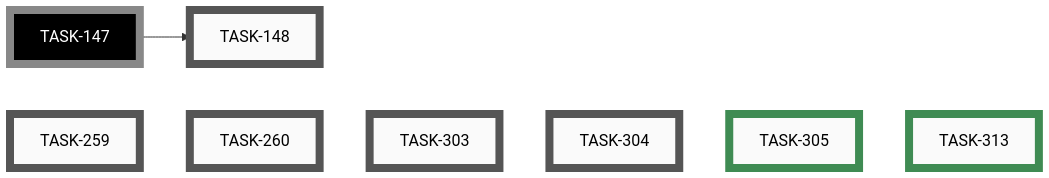
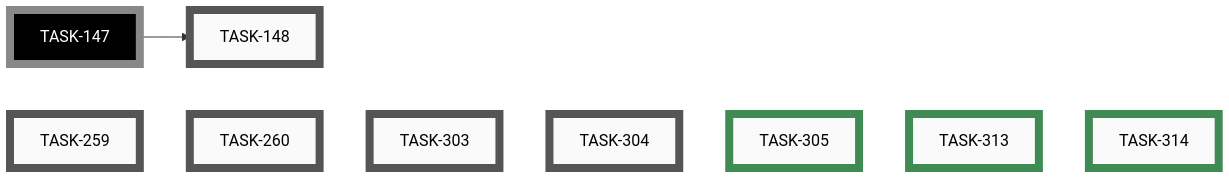
One commit to tgd1975/AwesomeStudioPedal changed the sixth of 6 diagrams in docs/developers/tasks/EPICS.md. Above: the diagram before and after it, drawn with Mermaid. The commit also changed other lines of this file and 8 other files, not shown here.

Commit message:
close TASK-314: Use non-breaking space between category icon and name

````diff
--- a/docs/developers/tasks/EPICS.md
+++ b/docs/developers/tasks/EPICS.md
@@ -209,28 +209,30 @@
 ```mermaid
 graph LR
     TASK_148["TASK-148"]:::open
     TASK_259["TASK-259"]:::open
     TASK_260["TASK-260"]:::open
     TASK_303["TASK-303"]:::open
     TASK_304["TASK-304"]:::open
     TASK_305["TASK-305"]:::closed
     TASK_313["TASK-313"]:::closed
+    TASK_314["TASK-314"]:::closed
     TASK_147["TASK-147"]:::openExt
     TASK_147 --> TASK_148
-    TASK_259 ~~~ TASK_260 ~~~ TASK_303 ~~~ TASK_304 ~~~ TASK_305 ~~~ TASK_313
+    TASK_259 ~~~ TASK_260 ~~~ TASK_303 ~~~ TASK_304 ~~~ TASK_305 ~~~ TASK_313 ~~~ TASK_314
     click TASK_148 "open/task-148-reorganise-developer-documentation.md"
     click TASK_259 "open/task-259-android-app-test-protocol.md"
     click TASK_260 "open/task-260-unify-version-numbers-across-deliverables.md"
     click TASK_303 "open/task-303-simulator-boots-with-demo-loaded.md"
     click TASK_304 "open/task-304-simulator-button-no-hover-reaction.md"
     click TASK_305 "closed/task-305-add-category-field-to-ideas.md"
     click TASK_313 "closed/task-313-emoji-icons-for-idea-categories.md"
+    click TASK_314 "closed/task-314-nbsp-between-icon-and-category.md"
     classDef open    fill:#FAFAFA,stroke:#555,stroke-width:8px,color:#000
     classDef active  fill:#FAFAFA,stroke:#1A6FA8,stroke-width:8px,color:#000
     classDef closed  fill:#FAFAFA,stroke:#3F8B53,stroke-width:8px,color:#000
     classDef paused  fill:#FAFAFA,stroke:#B07810,stroke-width:8px,color:#000
     classDef openExt    fill:#000,stroke:#888,stroke-width:8px,color:#FFF
     classDef activeExt  fill:#000,stroke:#3FA9F5,stroke-width:8px,color:#FFF
     classDef closedExt  fill:#000,stroke:#7CC68A,stroke-width:8px,color:#FFF
     classDef pausedExt  fill:#000,stroke:#F0B030,stroke-width:8px,color:#FFF
 ```
````
